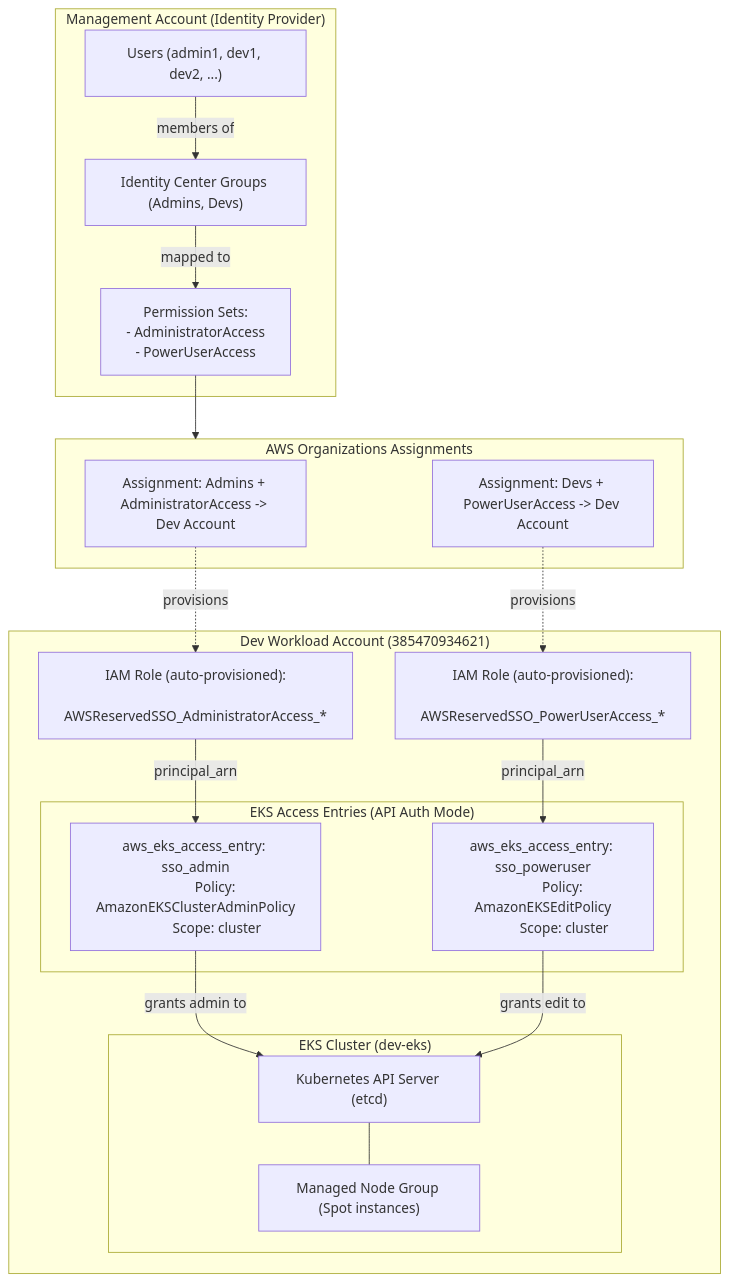
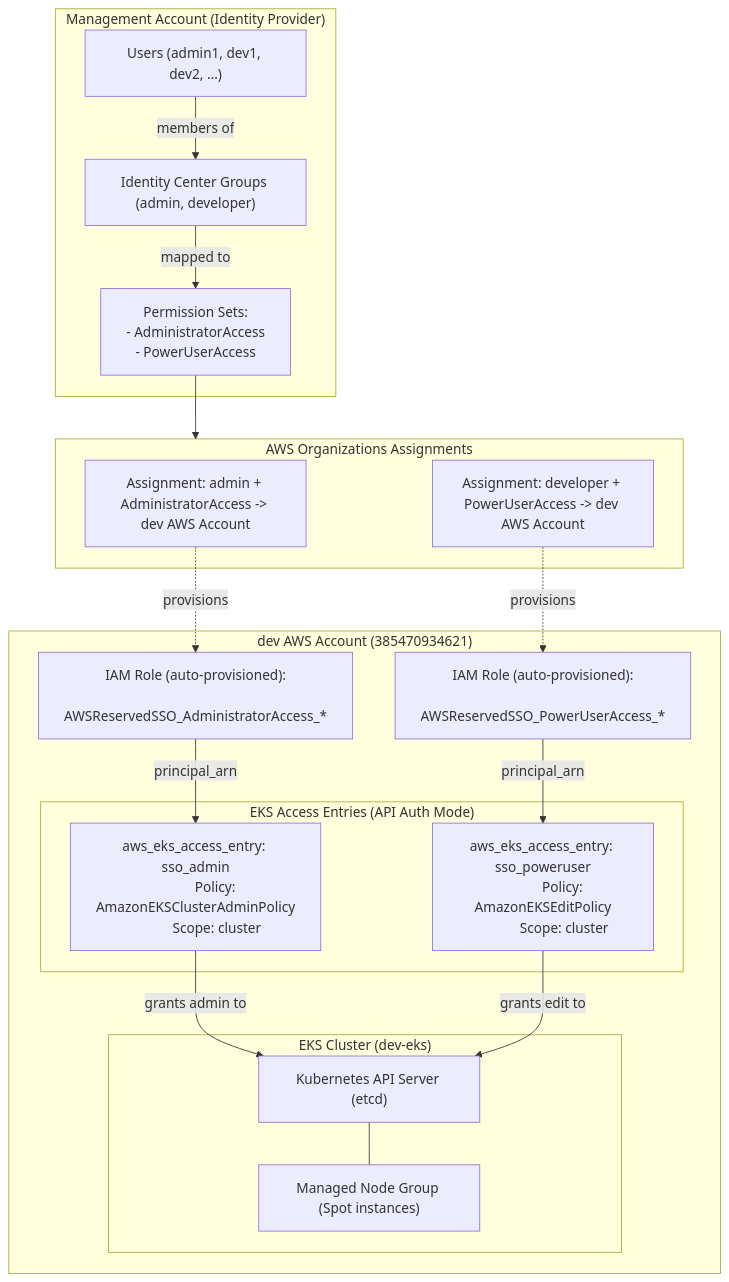
The first of 2 diagrams in lab-aws-eks/README.md (ericmolinam/aws-projects), drawn with Mermaid before and after one commit.

Commit message:
refactor: update identity center group names for consistency in README

````diff
--- a/lab-aws-eks/README.md
+++ b/lab-aws-eks/README.md
@@ -7,50 +7,50 @@
 ```mermaid
 flowchart TD
     subgraph Management_Account["Management Account (Identity Provider)"]
         Users["Users (admin1, dev1, dev2, ...)"]
-        Groups["Identity Center Groups (Admins, Devs)"]
+        Groups["Identity Center Groups (admin, developer)"]
         PermSets["Permission Sets:
         - AdministratorAccess
         - PowerUserAccess"]
 
         Users -->|members of| Groups
         Groups -->|mapped to| PermSets
     end
 
     subgraph AWS_Organizations["AWS Organizations Assignments"]
-        AssignAdmin["Assignment: Admins + AdministratorAccess -> Dev Account"]
-        AssignDev["Assignment: Devs + PowerUserAccess -> Dev Account"]
+        AssignAdmin["Assignment: admin + AdministratorAccess -> dev AWS Account"]
+        AssignDev["Assignment: developer + PowerUserAccess -> dev AWS Account"]
     end
 
-    subgraph Dev_Account["Dev Workload Account (385470934621)"]
+    subgraph Dev_Account["dev AWS Account (385470934621)"]
         RoleAdmin["IAM Role (auto-provisioned):
         AWSReservedSSO_AdministratorAccess_*"]
         RoleDev["IAM Role (auto-provisioned):
         AWSReservedSSO_PowerUserAccess_*"]
 
         subgraph EKS_Access_Entries["EKS Access Entries (API Auth Mode)"]
             EntryAdmin["aws_eks_access_entry: sso_admin
             Policy: AmazonEKSClusterAdminPolicy
             Scope: cluster"]
             EntryDev["aws_eks_access_entry: sso_poweruser
             Policy: AmazonEKSEditPolicy
             Scope: cluster"]
         end
 
         subgraph Cluster["EKS Cluster (dev-eks)"]
             ControlPlane["Kubernetes API Server (etcd)"]
             NodeGroup["Managed Node Group (Spot instances)"]
         end
     end
 
     PermSets --> AWS_Organizations
     AssignAdmin -.->|provisions| RoleAdmin
     AssignDev -.->|provisions| RoleDev
 
     RoleAdmin -->|principal_arn| EntryAdmin
     RoleDev -->|principal_arn| EntryDev
 
     EntryAdmin -->|grants admin to| ControlPlane
     EntryDev -->|grants edit to| ControlPlane
     ControlPlane --- NodeGroup
 ```
````
